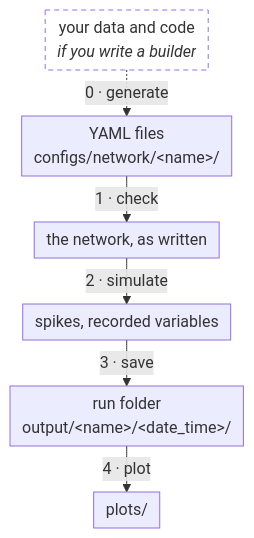
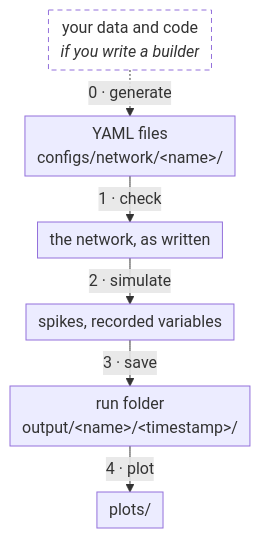
Before and after one commit to shimoura/microcircuit-lab: the first of 2 diagrams in docs/workflow.md, drawn with Mermaid. The commit also changed other lines of this file and 30 other files, not shown here.

````diff
--- a/docs/workflow.md
+++ b/docs/workflow.md
@@ -5,10 +7,10 @@
 ```mermaid
 %%{init: {"flowchart": {"rankSpacing": 22, "nodeSpacing": 20, "padding": 6, "wrappingWidth": 400}}}%%
 flowchart TD
   B["your data and code<br/><i>if you write a builder</i>"]:::opt -.->|"0 · generate"| Y
   Y["YAML files<br/>configs/network/&lt;name&gt;/"] -->|"1 · check"| W["the network, as written"]
   W -->|"2 · simulate"| K["spikes, recorded variables"]
-  K -->|"3 · save"| R["run folder<br/>output/&lt;name&gt;/&lt;date_time&gt;/"]
+  K -->|"3 · save"| R["run folder<br/>output/&lt;name&gt;/&lt;timestamp&gt;/"]
   R -->|"4 · plot"| G["plots/"]
   classDef opt stroke-dasharray: 5 4,fill:#ffffff
 ```
````
